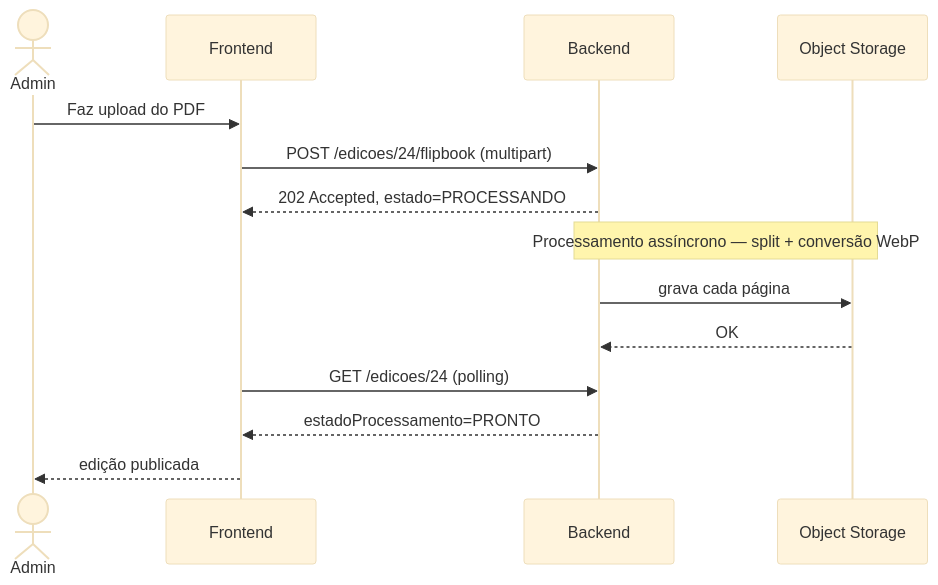
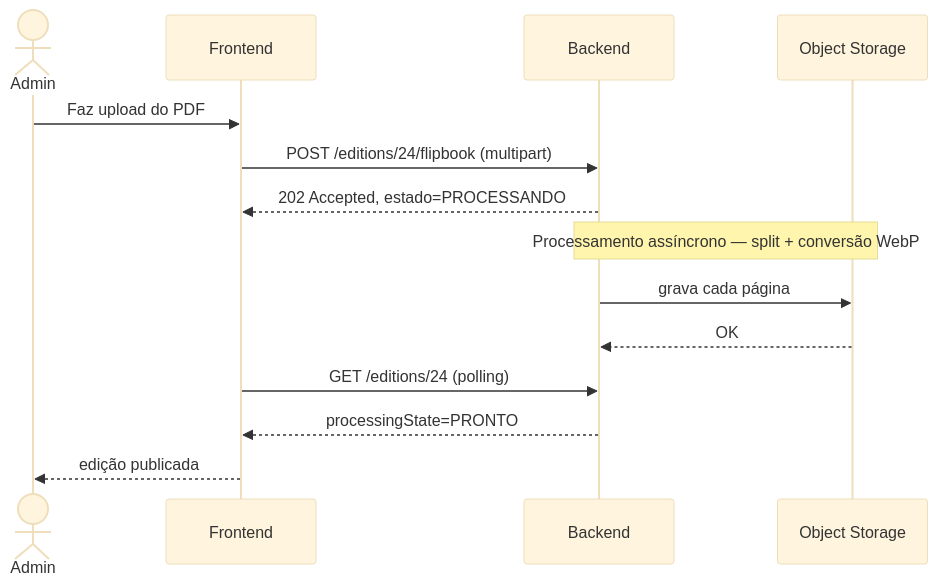
One commit to fititel-editorial/digital.zine changed the second of 2 diagrams in concept/06-diagrams/ds-navigation.md. Above: the diagram before and after it, drawn with Mermaid (base theme). The commit also changed other lines of this file and 18 other files, not shown here.

````diff
--- a/concept/06-diagrams/ds-navigation.md
+++ b/concept/06-diagrams/ds-navigation.md
@@ -44,19 +44,19 @@
 ```mermaid
 sequenceDiagram
     actor Admin
     participant Frontend
     participant Backend
     participant Storage as Object Storage
 
     Admin->>Frontend: Faz upload do PDF
-    Frontend->>Backend: POST /edicoes/24/flipbook (multipart)
+    Frontend->>Backend: POST /editions/24/flipbook (multipart)
     Backend-->>Frontend: 202 Accepted, estado=PROCESSANDO
 
     Note over Backend,Storage: Processamento assíncrono — split + conversão WebP
     Backend->>Storage: grava cada página
     Storage-->>Backend: OK
 
-    Frontend->>Backend: GET /edicoes/24 (polling)
-    Backend-->>Frontend: estadoProcessamento=PRONTO
+    Frontend->>Backend: GET /editions/24 (polling)
+    Backend-->>Frontend: processingState=PRONTO
     Frontend-->>Admin: edição publicada
 ```
````
